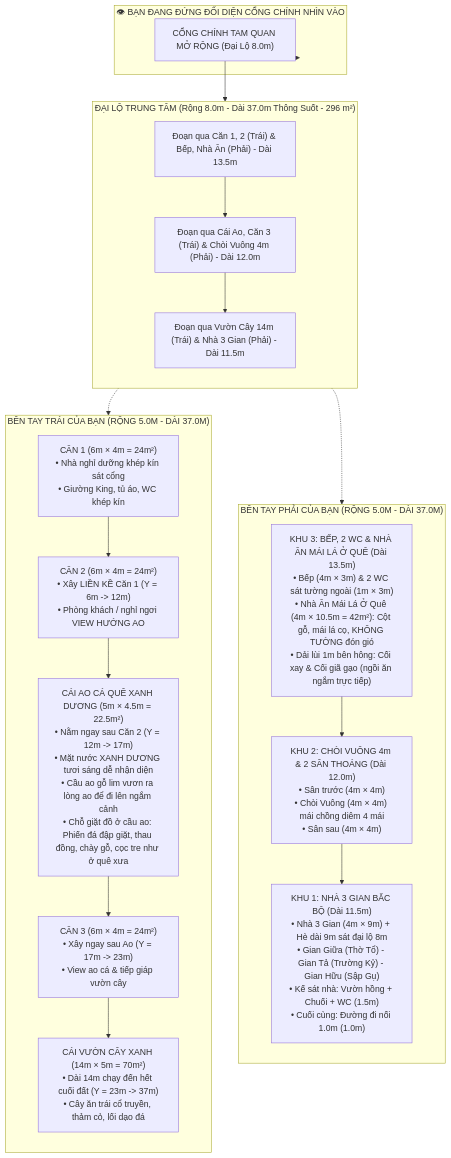
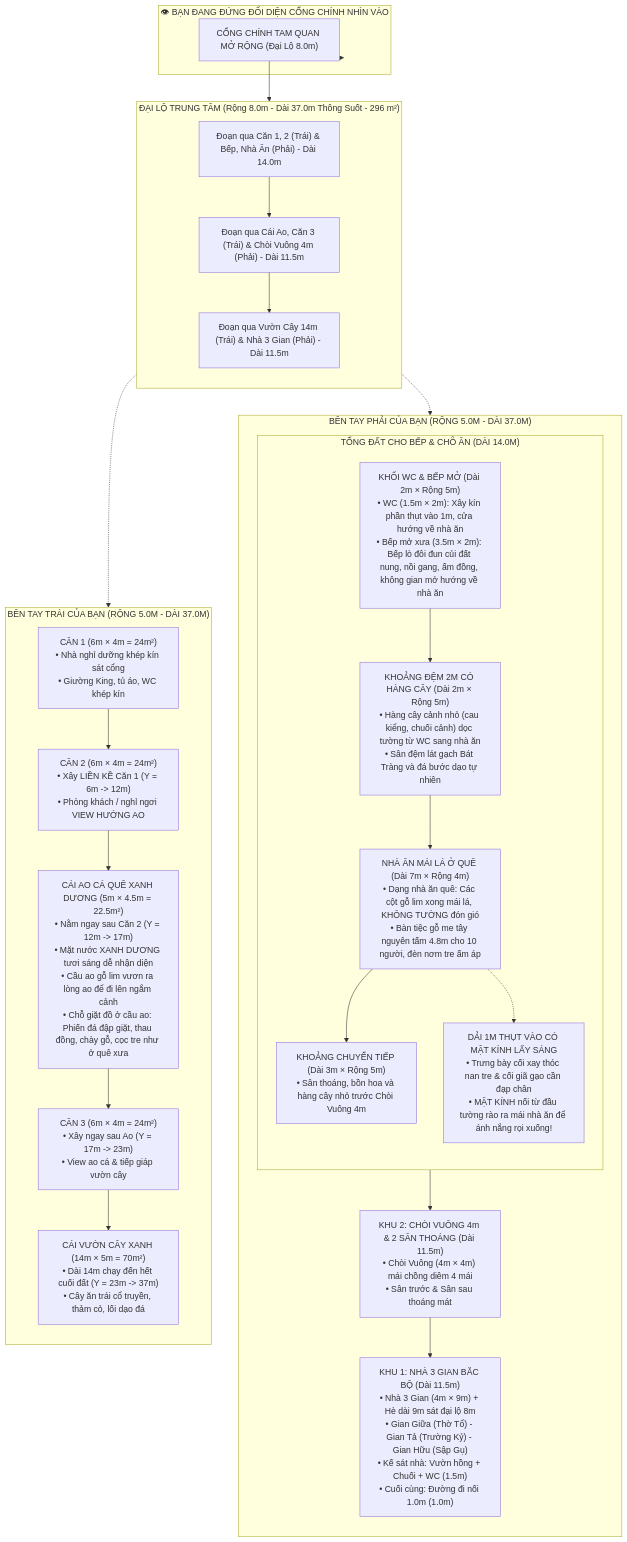
The diagram in ban_thiet_ke_khu_nha_dong_ho.md (Saikase/khu-nha-dong-ho), drawn with Mermaid before and after one commit. The commit also changed other lines of this file and 16 other files, not shown here.

Commit message:
Cap nhat thiet ke: Khoi Bep mo 3.5x2m, WC 1.5x2m xay kin 1m, Hang cay dem 2m, Nha an mai la 7x4m khong tuong va Mai kinh lay sang coi xay coi gia

```diff
--- a/ban_thiet_ke_khu_nha_dong_ho.md
+++ b/ban_thiet_ke_khu_nha_dong_ho.md
@@ -27,8 +34,8 @@
 
     subgraph DUONG_CHINH["ĐẠI LỘ TRUNG TÂM (Rộng 8.0m - Dài 37.0m Thông Suốt - 296 m²)"]
         direction TB
-        ROAD_P1["Đoạn qua Căn 1, 2 (Trái) & Bếp, Nhà Ăn (Phải) - Dài 13.5m"]
-        ROAD_P2["Đoạn qua Cái Ao, Căn 3 (Trái) & Chòi Vuông 4m (Phải) - Dài 12.0m"]
+        ROAD_P1["Đoạn qua Căn 1, 2 (Trái) & Bếp, Nhà Ăn (Phải) - Dài 14.0m"]
+        ROAD_P2["Đoạn qua Cái Ao, Căn 3 (Trái) & Chòi Vuông 4m (Phải) - Dài 11.5m"]
         ROAD_P3["Đoạn qua Vườn Cây 14m (Trái) & Nhà 3 Gian (Phải) - Dài 11.5m"]
         ROAD_P1 --> ROAD_P2 --> ROAD_P3
     end
@@ -62,15 +69,34 @@
 
     subgraph TAY_PHAI["BÊN TAY PHẢI CỦA BẠN (RỘNG 5.0M - DÀI 37.0M)"]
         direction TB
-        K3["KHU 3: BẾP, 2 WC & NHÀ ĂN MÁI LÁ Ở QUÊ (Dài 13.5m)
-• Bếp (4m × 3m) & 2 WC sát tường ngoài (1m × 3m)
-• Nhà Ăn Mái Lá Ở Quê (4m × 10.5m = 42m²): Cột gỗ, mái lá cọ, KHÔNG TƯỜNG đón gió
-• Dải lùi 1m bên hông: Cối xay & Cối giã gạo (ngồi ăn ngắm trực tiếp)"]
+        subgraph DAT_14M["TỔNG ĐẤT CHO BẾP & CHỖ ĂN (DÀI 14.0M)"]
+            direction TB
+            WC_BEP["KHỐI WC & BẾP MỞ (Dài 2m × Rộng 5m)
+• WC (1.5m × 2m): Xây kín phần thụt vào 1m, cửa hướng về nhà ăn
+• Bếp mở xưa (3.5m × 2m): Bếp lò đôi đun củi đất nung, nồi gang, ấm đồng, không gian mở hướng về nhà ăn"]
+            
+            DEM_2M["KHOẢNG ĐỆM 2M CÓ HÀNG CÂY (Dài 2m × Rộng 5m)
+• Hàng cây cảnh nhỏ (cau kiểng, chuối cảnh) dọc tường từ WC sang nhà ăn
+• Sân đệm lát gạch Bát Tràng và đá bước dạo tự nhiên"]
+            
+            NHA_AN["NHÀ ĂN MÁI LÁ Ở QUÊ (Dài 7m × Rộng 4m)
+• Dạng nhà ăn quê: Các cột gỗ lim xong mái lá, KHÔNG TƯỜNG đón gió
+• Bàn tiệc gỗ me tây nguyên tấm 4.8m cho 10 người, đèn nơm tre ấm áp"]
+            
+            KY_VAT["DẢI 1M THỤT VÀO CÓ MẶT KÍNH LẤY SÁNG
+• Trưng bày cối xay thóc nan tre & cối giã gạo cần đạp chân
+• MẶT KÍNH nối từ đầu tường rào ra mái nhà ăn để ánh nắng rọi xuống!"]
+            
+            CHUYEN_TIEP["KHOẢNG CHUYỂN TIẾP (Dài 3m × Rộng 5m)
+• Sân thoáng, bồn hoa và hàng cây nhỏ trước Chòi Vuông 4m"]
 
-        K2["KHU 2: CHÒI VUÔNG 4m & 2 SÂN THOÁNG (Dài 12.0m)
-• Sân trước (4m × 4m)
+            WC_BEP --> DEM_2M --> NHA_AN --> CHUYEN_TIEP
+            NHA_AN -.-> KY_VAT
+        end
+
+        K2["KHU 2: CHÒI VUÔNG 4m & 2 SÂN THOÁNG (Dài 11.5m)
 • Chòi Vuông (4m × 4m) mái chồng diêm 4 mái
-• Sân sau (4m × 4m)"]
+• Sân trước & Sân sau thoáng mát"]
 
         K1["KHU 1: NHÀ 3 GIAN BẮC BỘ (Dài 11.5m)
 • Nhà 3 Gian (4m × 9m) + Hè dài 9m sát đại lộ 8m
@@ -78,7 +104,7 @@
 • Kế sát nhà: Vườn hồng + Chuối + WC (1.5m)
 • Cuối cùng: Đường đi nối 1.0m (1.0m)"]
 
-        K3 --> K2 --> K1
+        DAT_14M --> K2 --> K1
     end
 
     OBSERVE --> GATE
```
